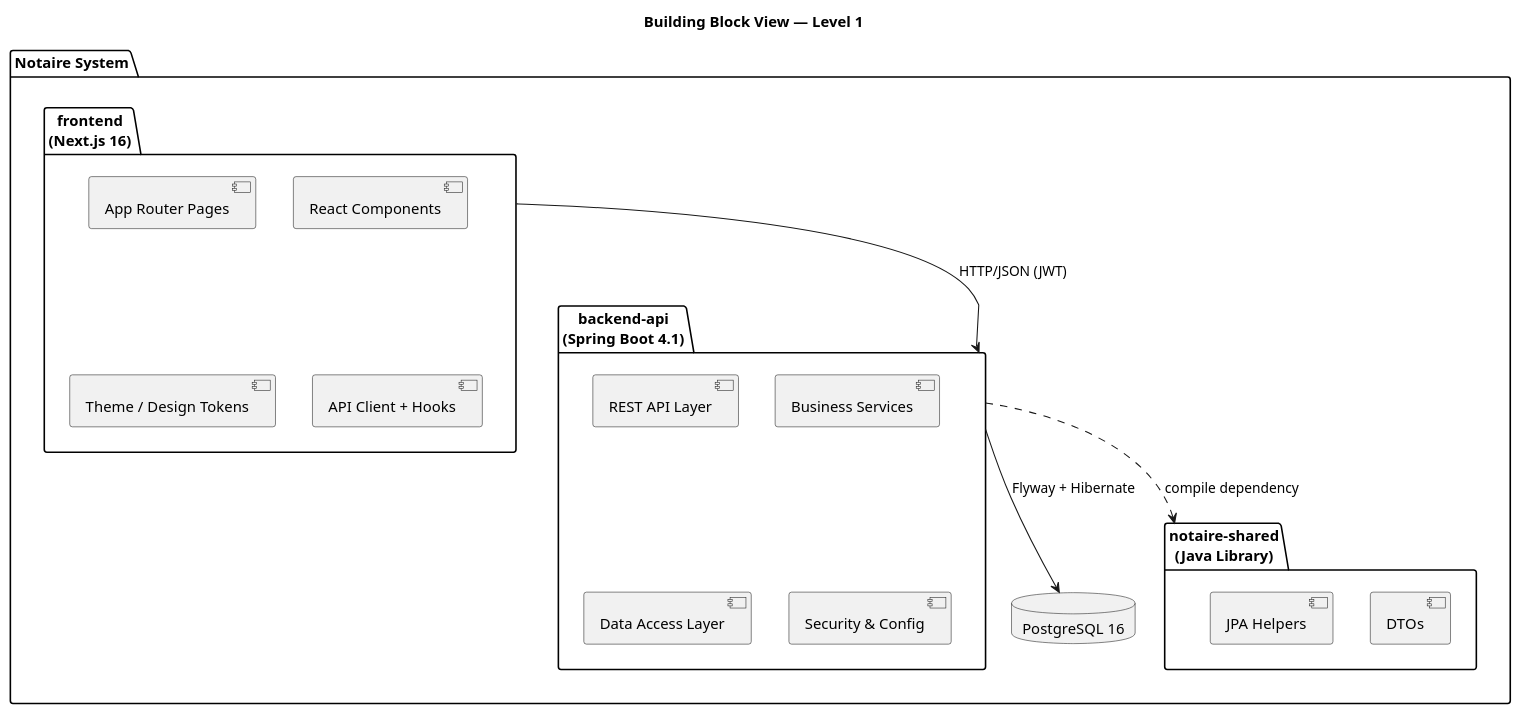
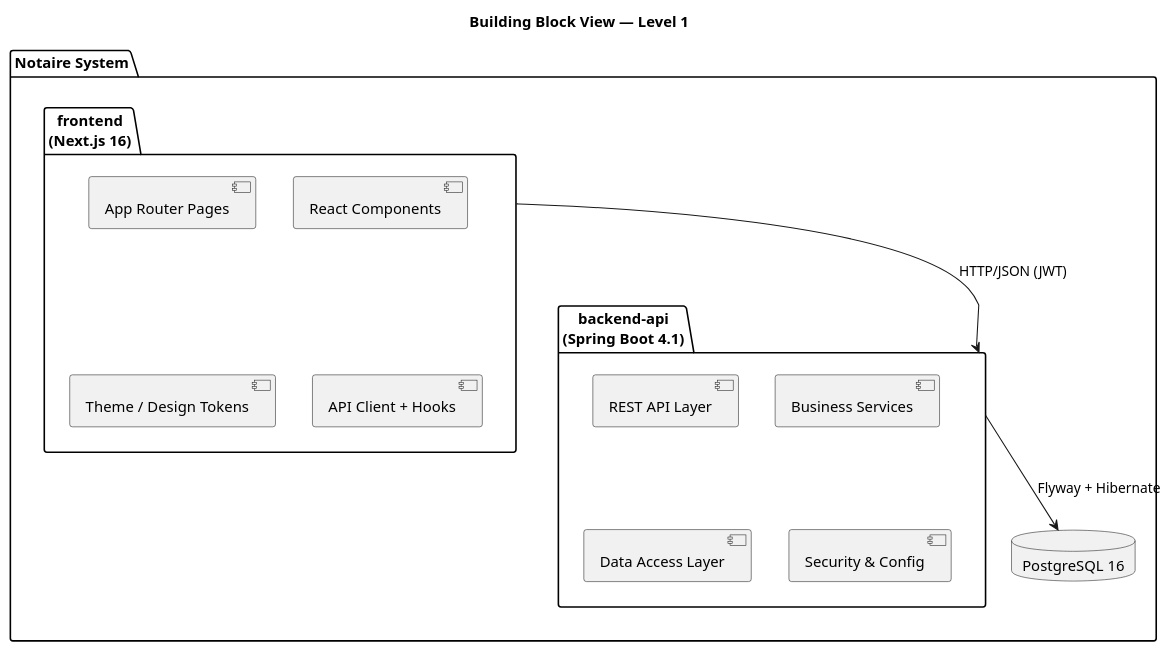
Before and after one commit to matiaspakua/notaire: the fourth of 13 diagrams in docs/200-architecture/201-SAD/sad.md, drawn with PlantUML. The commit also changed other lines of this file and 24 other files, not shown here.

First line of the commit message:
docs(architecture): record the retirement of notaire-shared (ADR-024)

````diff
--- a/docs/200-architecture/201-SAD/sad.md
+++ b/docs/200-architecture/201-SAD/sad.md
@@ -257,33 +257,27 @@
 ```plantuml
 @startuml
 title Building Block View — Level 1
 
 package "Notaire System" {
 
   package "frontend\n(Next.js 16)" as FE {
     [App Router Pages]
     [React Components]
     [Theme / Design Tokens]
     [API Client + Hooks]
   }
 
   package "backend-api\n(Spring Boot 4.1)" as BE {
     [REST API Layer]
     [Business Services]
     [Data Access Layer]
     [Security & Config]
   }
 
-  package "notaire-shared\n(Java Library)" as Shared {
-    [DTOs]
-    [JPA Helpers]
-  }
-
   database "PostgreSQL 16" as DB
 }
 
 FE --> BE : HTTP/JSON (JWT)
 BE --> DB : Flyway + Hibernate
-BE ..> Shared : compile dependency
 @enduml
 ```
````
